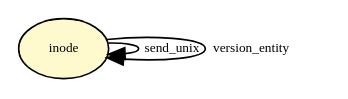
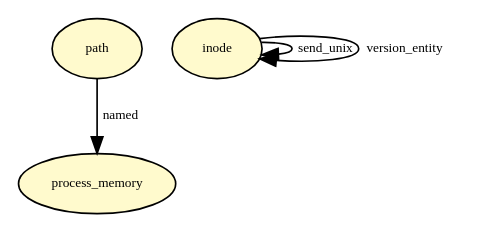
One commit to CamFlow/camflow-dev changed the diagram in docs/dot/unix_may_send.dot. Above: the diagram before and after it, drawn with Graphviz. The commit also changed 52 other files, not shown here.

```diff
--- a/docs/dot/unix_may_send.dot
+++ b/docs/dot/unix_may_send.dot
@@ -1,7 +1,13 @@
-digraph RGL__DirectedAdjacencyGraph {inode[fontsize = 8,label = inode,shape = ellipse, fillcolor="#fffacd", style = filled]
+digraph RGL__DirectedAdjacencyGraph {path[fontsize = 8,label = path,shape = ellipse, fillcolor="#fffacd", style = filled]
+
+process_memory[fontsize = 8,label = process_memory,shape = ellipse, fillcolor="#fffacd", style = filled]
+
+path -> process_memory[fontsize = 8,label = named]
+
+inode[fontsize = 8,label = inode,shape = ellipse, fillcolor="#fffacd", style = filled]
 
 inode -> inode[fontsize = 8,label = send_unix]
 
 inode -> inode[fontsize = 8,label = version_entity]
 
 }
```
